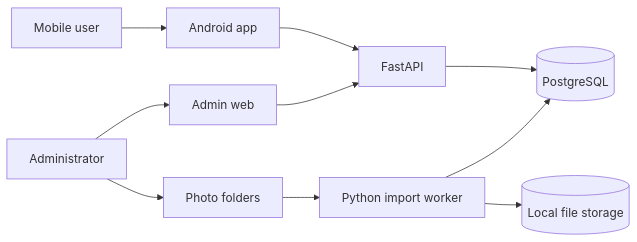
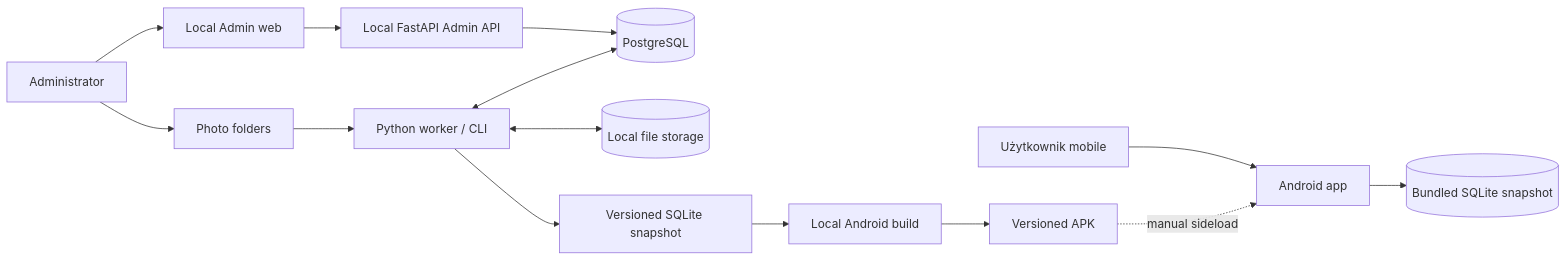
Before and after one commit to tuszynski-michal/game_predicotr: the first of 4 diagrams in ai_docs/architecture/SYSTEM_ARCHITECTURE.md, drawn with Mermaid. The commit also changed other lines of this file and 23 other files, not shown here.

````diff
--- a/ai_docs/architecture/SYSTEM_ARCHITECTURE.md
+++ b/ai_docs/architecture/SYSTEM_ARCHITECTURE.md
@@ -11,12 +11,18 @@
 ```mermaid
 flowchart LR
-    U[Mobile user] --> M[Android app]
-    A[Administrator] --> W[Admin web]
-    M --> API[FastAPI]
-    W --> API
-    API --> DB[(PostgreSQL)]
-    A --> F[Photo folders]
-    F --> WORKER[Python import worker]
-    WORKER --> DB
-    WORKER --> FS[(Local file storage)]
+    MU["Użytkownik mobile"] --> M["Android app"]
+    M --> SDB[("Bundled SQLite snapshot")]
+
+    A["Administrator"] --> W["Local Admin web"]
+    W --> API["Local FastAPI Admin API"]
+    API --> PG[("PostgreSQL")]
+
+    A --> F["Photo folders"]
+    F --> WORKER["Python worker / CLI"]
+    WORKER <--> PG
+    WORKER <--> FS[("Local file storage")]
+    WORKER --> SNAP["Versioned SQLite snapshot"]
+    SNAP --> BUILD["Local Android build"]
+    BUILD --> APK["Versioned APK"]
+    APK -. "manual sideload" .-> M
 ```
````
